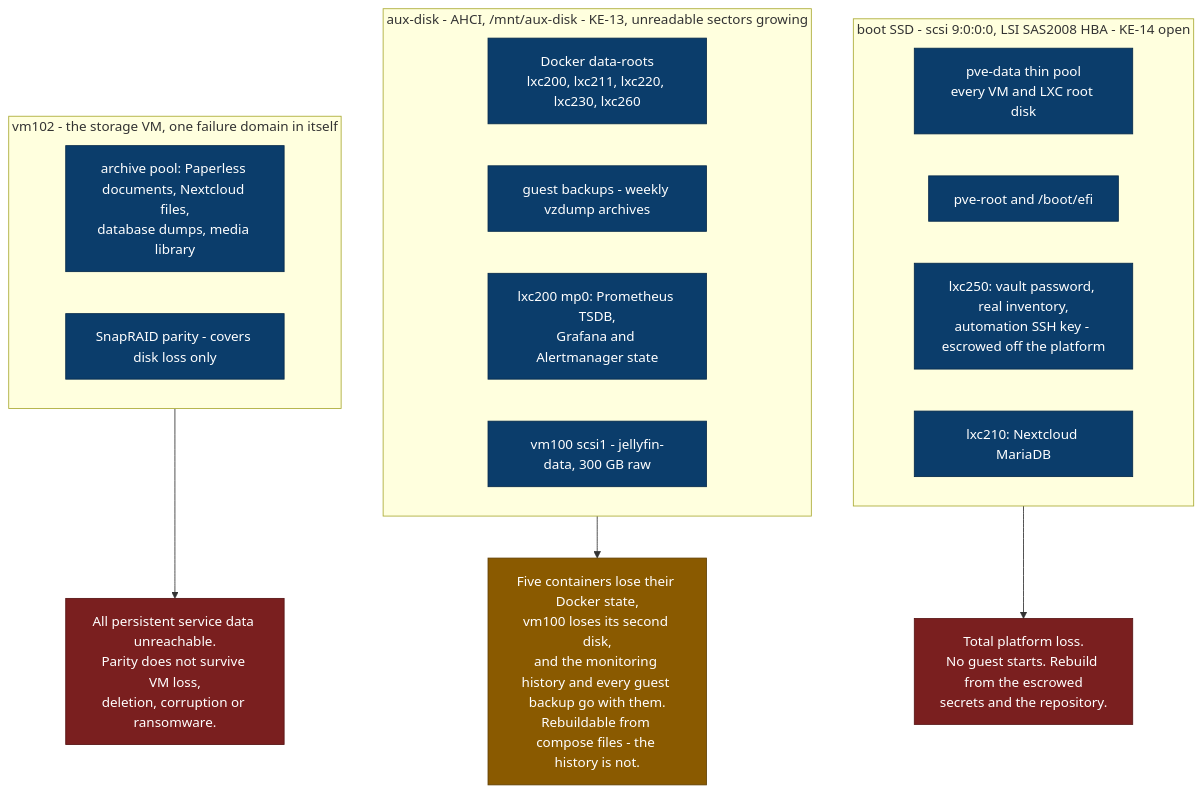
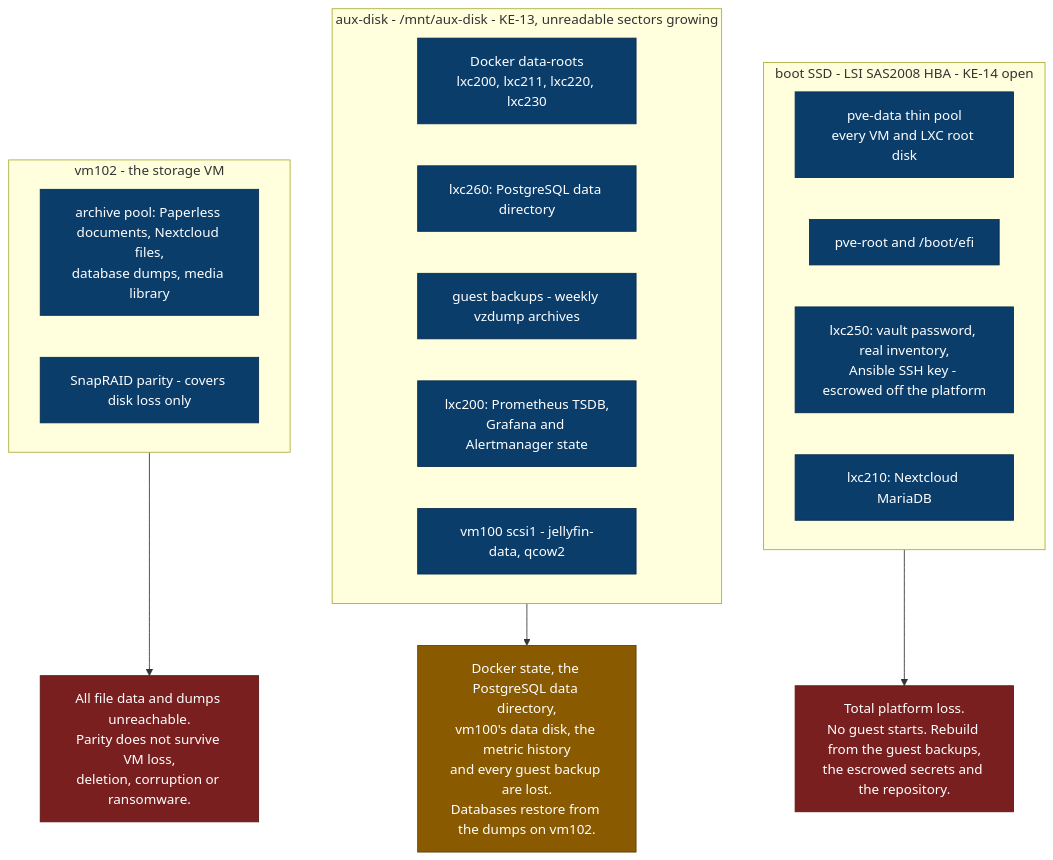
Before and after one commit to NicolasPogorzelski/homelab-server-architecture: the diagram in docs/architecture/failure-domains.md, drawn with Mermaid. The commit also changed other lines of this file and 23 other files, not shown here.

First line of the commit message:
docs(docs): reduce node, service and architecture documents to current state

````diff
--- a/docs/architecture/failure-domains.md
+++ b/docs/architecture/failure-domains.md
@@ -15,35 +12,36 @@
 ```mermaid
 flowchart TB
   accTitle: Failure domains of the platform
   accDescr: Boot SSD, aux-disk and vm102 as three failure domains, with what each carries and what its loss causes.
 
-  subgraph boot["boot SSD - scsi 9:0:0:0, LSI SAS2008 HBA - KE-14 open"]
+  subgraph boot["boot SSD - LSI SAS2008 HBA - KE-14 open"]
     ROOTS["pve-data thin pool<br/>every VM and LXC root disk"]
     PVEROOT["pve-root and /boot/efi"]
-    SECRETS["lxc250: vault password, real inventory,<br/>automation SSH key - escrowed off the platform"]
+    SECRETS["lxc250: vault password, real inventory,<br/>Ansible SSH key - escrowed off the platform"]
     NCDB["lxc210: Nextcloud MariaDB"]
   end
 
-  subgraph auxd["aux-disk - AHCI, /mnt/aux-disk - KE-13, unreadable sectors growing"]
-    DROOTS["Docker data-roots<br/>lxc200, lxc211, lxc220, lxc230, lxc260"]
+  subgraph auxd["aux-disk - /mnt/aux-disk - KE-13, unreadable sectors growing"]
+    DROOTS["Docker data-roots<br/>lxc200, lxc211, lxc220, lxc230"]
+    PGDATA["lxc260: PostgreSQL data directory"]
     VZDUMP["guest backups - weekly vzdump archives"]
-    MONDATA["lxc200 mp0: Prometheus TSDB,<br/>Grafana and Alertmanager state"]
-    JELLY["vm100 scsi1 - jellyfin-data, 300 GB raw"]
+    MONDATA["lxc200: Prometheus TSDB,<br/>Grafana and Alertmanager state"]
+    JELLY["vm100 scsi1 - jellyfin-data, qcow2"]
   end
 
-  subgraph storagevm["vm102 - the storage VM, one failure domain in itself"]
+  subgraph storagevm["vm102 - the storage VM"]
     ARCHIVE["archive pool: Paperless documents, Nextcloud files,<br/>database dumps, media library"]
     PARITY["SnapRAID parity - covers disk loss only"]
   end
 
-  boot --> L1["Total platform loss.<br/>No guest starts. Rebuild from the escrowed<br/>secrets and the repository."]
-  auxd --> L2["Five containers lose their Docker state,<br/>vm100 loses its second disk,<br/>and the monitoring history and every guest backup go with them.<br/>Rebuildable from compose files - the history is not."]
-  storagevm --> L3["All persistent service data unreachable.<br/>Parity does not survive VM loss,<br/>deletion, corruption or ransomware."]
+  boot --> L1["Total platform loss.<br/>No guest starts. Rebuild from the guest backups,<br/>the escrowed secrets and the repository."]
+  auxd --> L2["Docker state, the PostgreSQL data directory,<br/>vm100's data disk, the metric history<br/>and every guest backup are lost.<br/>Databases restore from the dumps on vm102."]
+  storagevm --> L3["All file data and dumps unreachable.<br/>Parity does not survive VM loss,<br/>deletion, corruption or ransomware."]
 
   classDef sick fill:#7a1f1f,stroke:#571414,color:#ffffff
   classDef warn fill:#8a5a00,stroke:#5f3e00,color:#ffffff
   classDef content fill:#0b3d6b,stroke:#062a4b,color:#ffffff
   class L1,L3 sick
   class L2 warn
-  class ROOTS,PVEROOT,SECRETS,NCDB,DROOTS,VZDUMP,MONDATA,JELLY,ARCHIVE,PARITY content
+  class ROOTS,PVEROOT,SECRETS,NCDB,DROOTS,PGDATA,VZDUMP,MONDATA,JELLY,ARCHIVE,PARITY content
 ```
````
